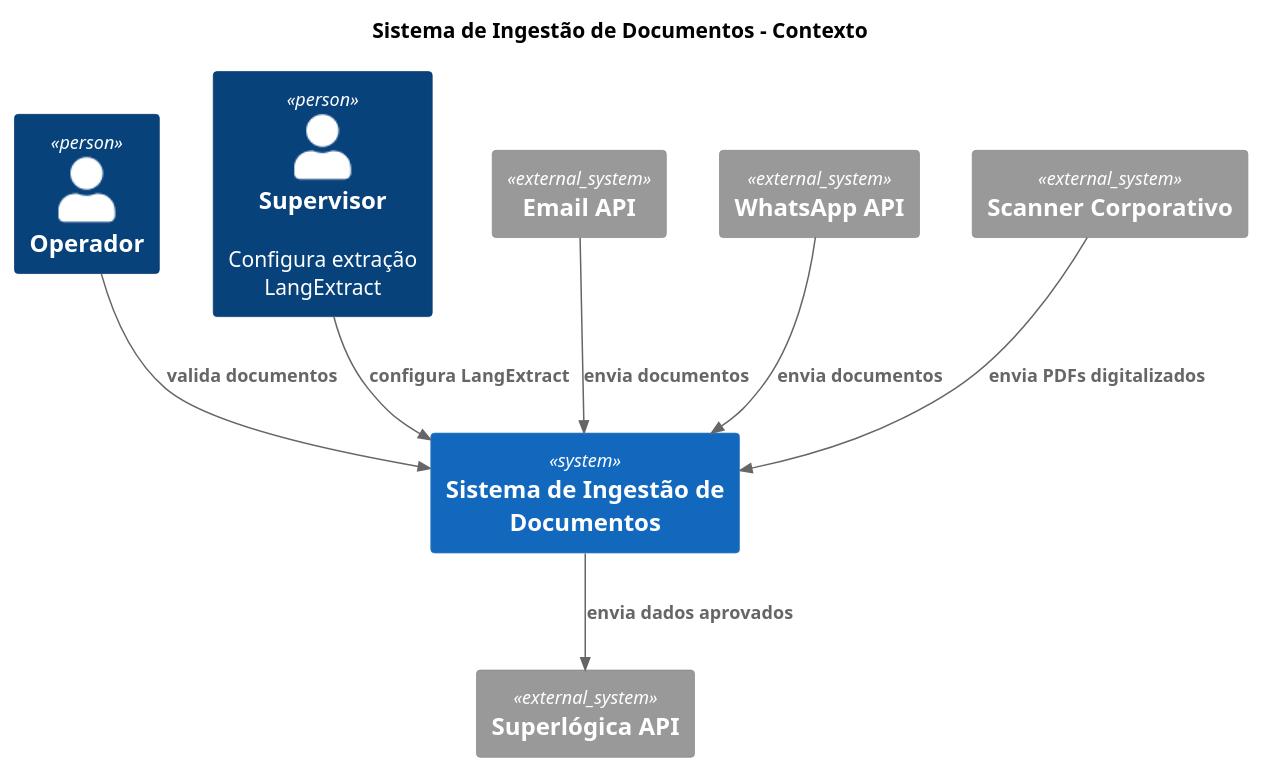
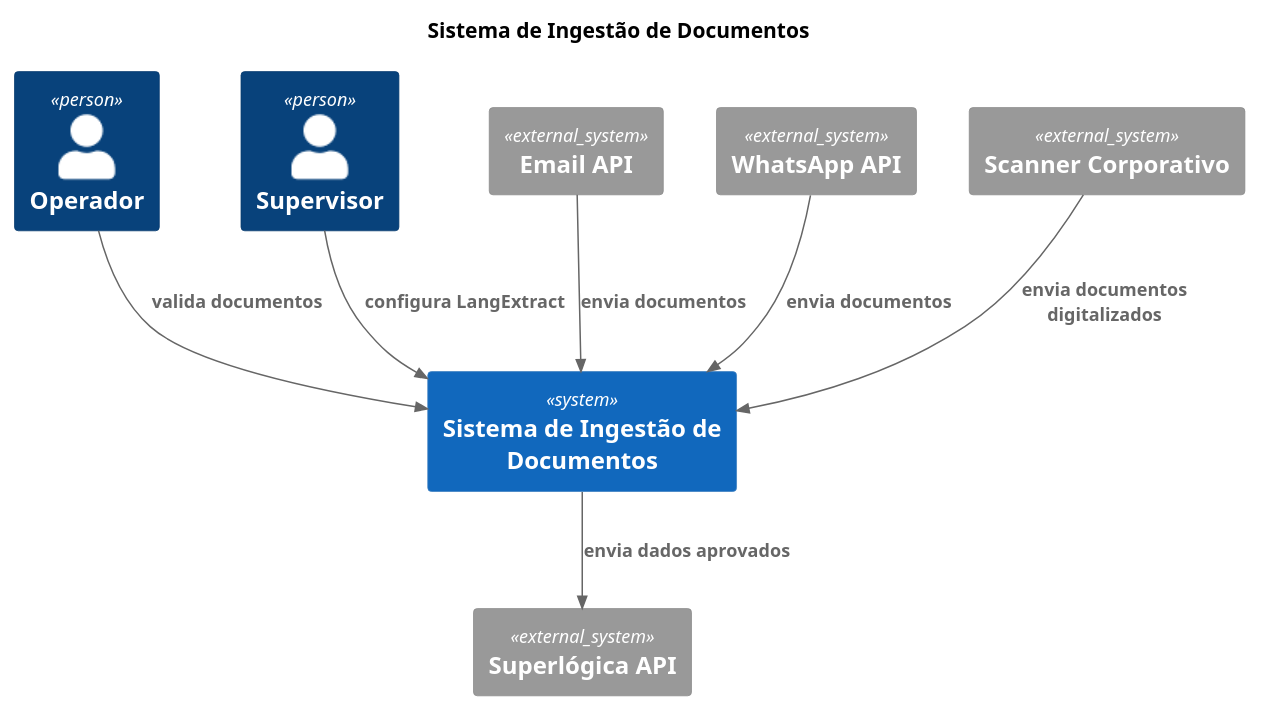
Before and after one commit to InnoVoxAI/docuparser: the diagram in docs/specs/contexto_sistema.puml, drawn with PlantUML. The commit also changed 4 other files, not shown here.

```diff
--- a/docs/specs/contexto_sistema.puml
+++ b/docs/specs/contexto_sistema.puml
@@ -1,25 +1,24 @@
 @startuml
-!include https://raw.githubusercontent.com/plantuml-stdlib/C4-PlantUML/master/C4_Context.puml
+!includeurl https://raw.githubusercontent.com/plantuml-stdlib/C4-PlantUML/master/C4_Context.puml
 
-title Sistema de Ingestão de Documentos - Contexto
+title Sistema de Ingestão de Documentos
 
 Person(operator, "Operador")
-Person(supervisor, "Supervisor", "Configura extração LangExtract")
+Person(supervisor, "Supervisor")
 
 System(system, "Sistema de Ingestão de Documentos")
 
 System_Ext(email, "Email API")
 System_Ext(whatsapp, "WhatsApp API")
 System_Ext(scanner, "Scanner Corporativo")
 System_Ext(superlogica, "Superlógica API")
 
 Rel(email, system, "envia documentos")
 Rel(whatsapp, system, "envia documentos")
-Rel(scanner, system, "envia PDFs digitalizados")
+Rel(scanner, system, "envia documentos digitalizados")
 
 Rel(operator, system, "valida documentos")
 Rel(supervisor, system, "configura LangExtract")
-
 Rel(system, superlogica, "envia dados aprovados")
 
 @enduml
```
